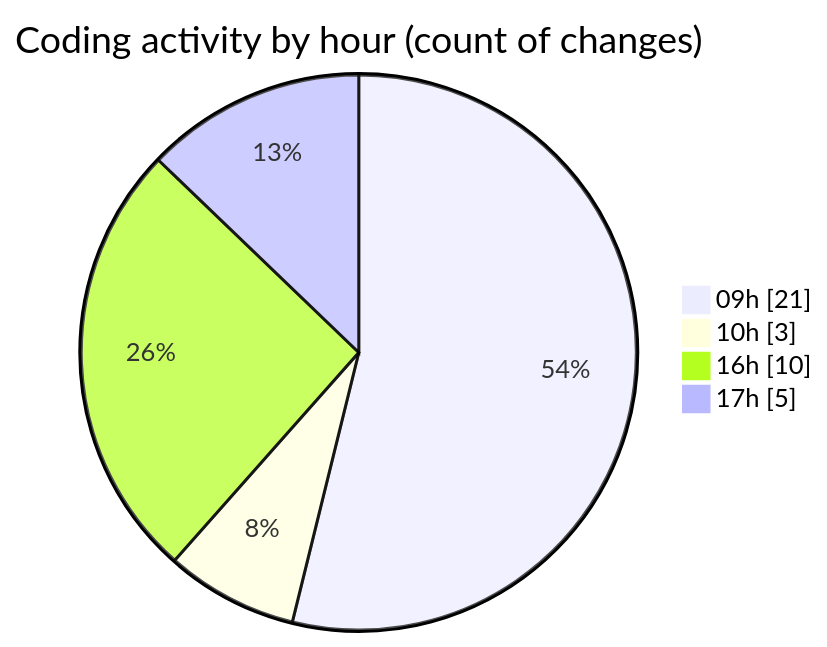
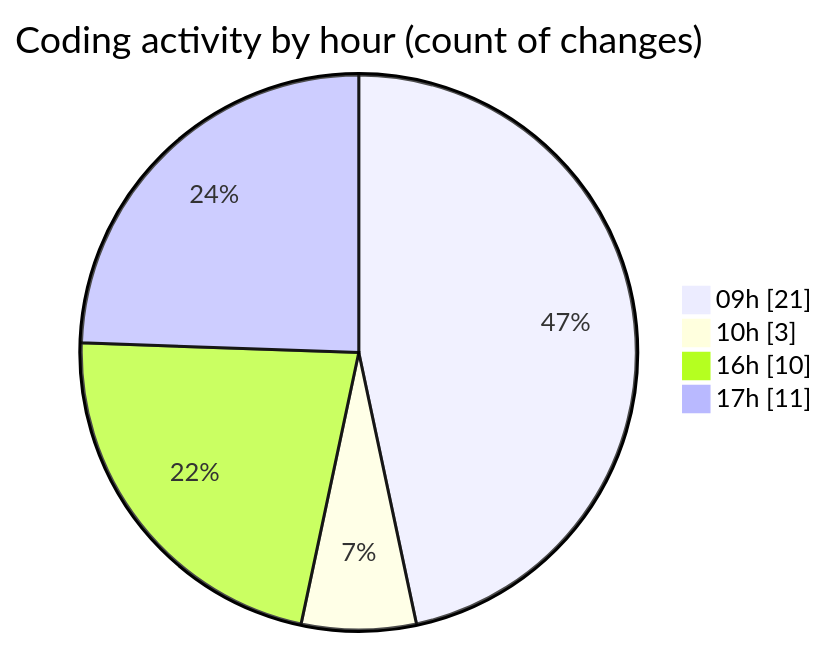
Before and after one commit to momahboobian/code-tracking: the second of 2 diagrams in 2025-12-17/cda/README.md, drawn with Mermaid. The commit also changed other lines of this file and 1 other file, not shown here.

````diff
--- a/2025-12-17/cda/README.md
+++ b/2025-12-17/cda/README.md
@@ -53,8 +53,8 @@
 ```mermaid
 pie showData
 title Coding activity by hour (count of changes)
 "09h" : 21
 "10h" : 3
 "16h" : 10
-"17h" : 5
+"17h" : 11
 ```
````
